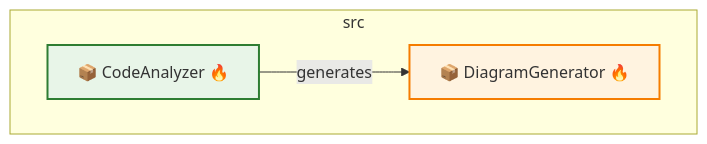
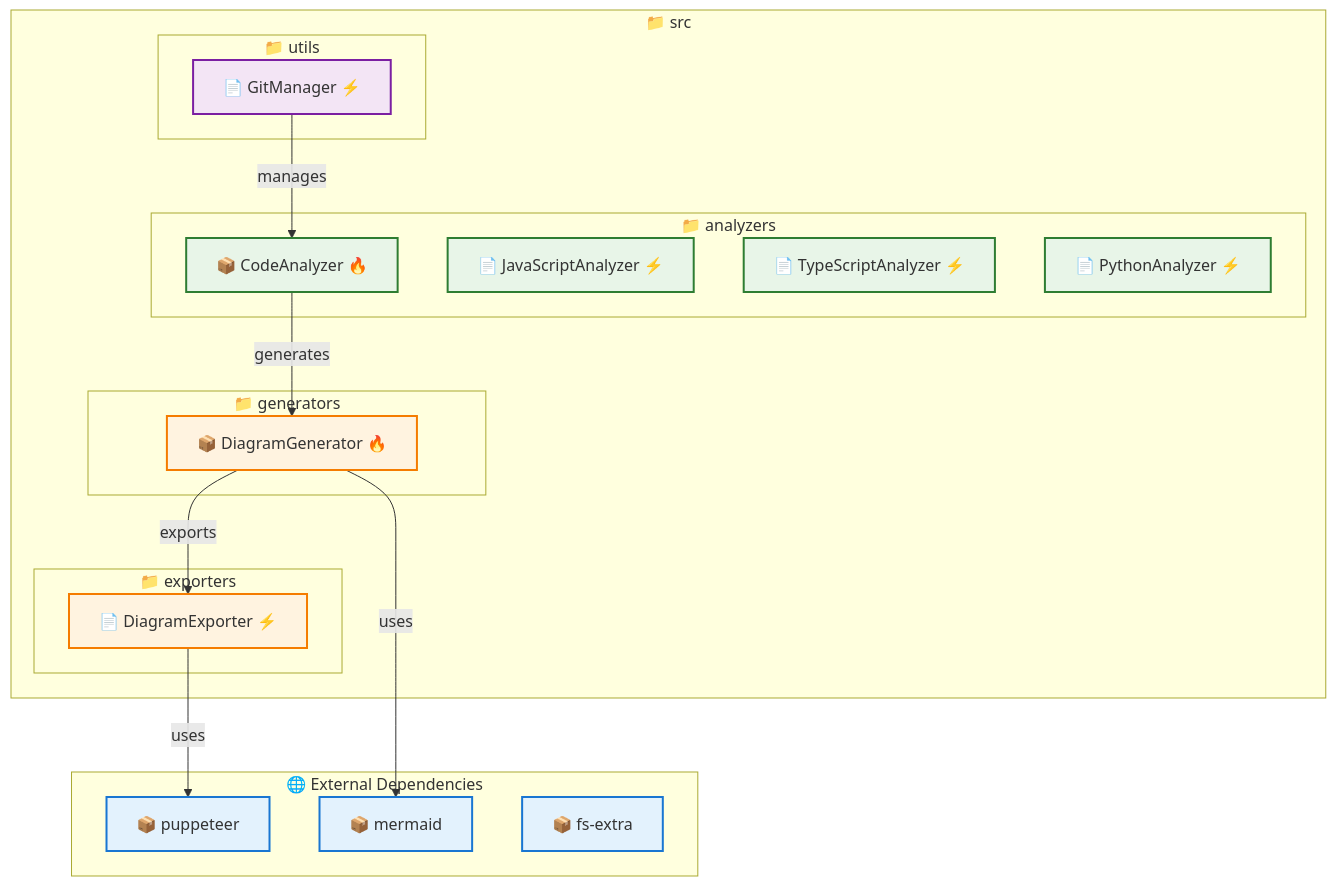
One commit to samjhill/diagrammer changed the first of 3 diagrams in README.md. Above: the diagram before and after it, drawn with Mermaid. The commit also changed other lines of this file, not shown here.

First line of the commit message:
docs: reorganize README with example diagrams at top

````diff
--- a/README.md
+++ b/README.md
@@ -216,14 +8,54 @@
 ```mermaid
-graph TD
+graph TB
   classDef analyzer fill:#e8f5e8,stroke:#2e7d32,stroke-width:2px
   classDef generator fill:#fff3e0,stroke:#f57c00,stroke-width:2px
-  
-  subgraph src["src"]
-    CodeAnalyzer["📦 CodeAnalyzer 🔥"]
-    DiagramGenerator["📦 DiagramGenerator 🔥"]
+  classDef manager fill:#f3e5f5,stroke:#7b1fa2,stroke-width:2px
+  classDef service fill:#e0f2f1,stroke:#00695c,stroke-width:2px
+  classDef npm fill:#e3f2fd,stroke:#1976d2,stroke-width:2px
+  classDef external fill:#ffebee,stroke:#c62828,stroke-width:2px
+  classDef group fill:#f3e5f5,stroke:#7b1fa2,stroke-width:3px
+
+  subgraph src["📁 src"]
+    subgraph analyzers["📁 analyzers"]
+      CodeAnalyzer["📦 CodeAnalyzer 🔥"]
+      JavaScriptAnalyzer["📄 JavaScriptAnalyzer ⚡"]
+      TypeScriptAnalyzer["📄 TypeScriptAnalyzer ⚡"]
+      PythonAnalyzer["📄 PythonAnalyzer ⚡"]
+    end
+    
+    subgraph generators["📁 generators"]
+      DiagramGenerator["📦 DiagramGenerator 🔥"]
+    end
+    
+    subgraph exporters["📁 exporters"]
+      DiagramExporter["📄 DiagramExporter ⚡"]
+    end
+    
+    subgraph utils["📁 utils"]
+      GitManager["📄 GitManager ⚡"]
+    end
   end
-  
+
+  subgraph external_deps["🌐 External Dependencies"]
+    Puppeteer["📦 puppeteer"]
+    Mermaid["📦 mermaid"]
+    FsExtra["📦 fs-extra"]
+  end
+
   CodeAnalyzer:::analyzer
+  JavaScriptAnalyzer:::analyzer
+  TypeScriptAnalyzer:::analyzer
+  PythonAnalyzer:::analyzer
   DiagramGenerator:::generator
+  DiagramExporter:::generator
+  GitManager:::manager
+  Puppeteer:::npm
+  Mermaid:::npm
+  FsExtra:::npm
+
   CodeAnalyzer -->|generates| DiagramGenerator
+  DiagramGenerator -->|exports| DiagramExporter
+  DiagramExporter -->|uses| Puppeteer
+  DiagramGenerator -->|uses| Mermaid
+  GitManager -->|manages| CodeAnalyzer
 ```
````
